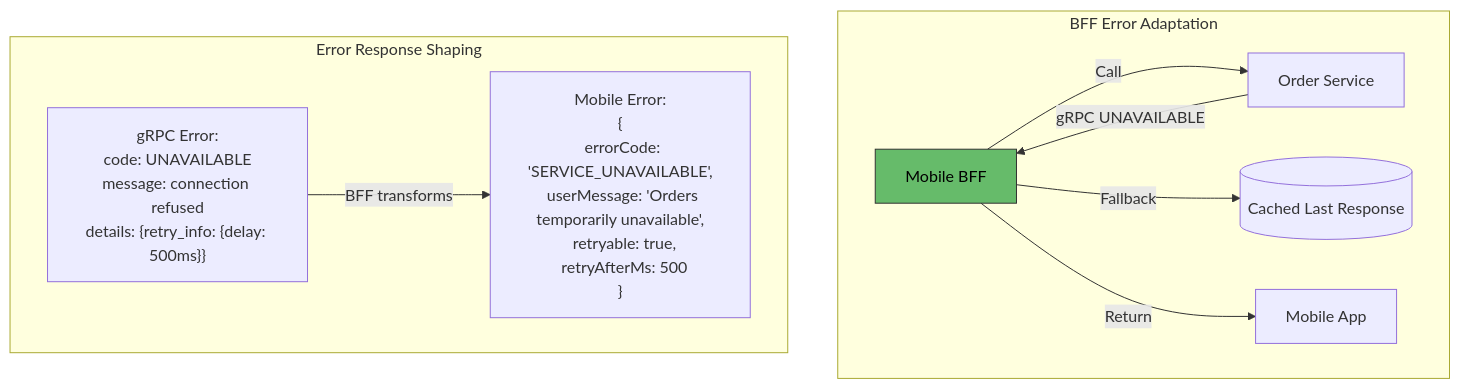
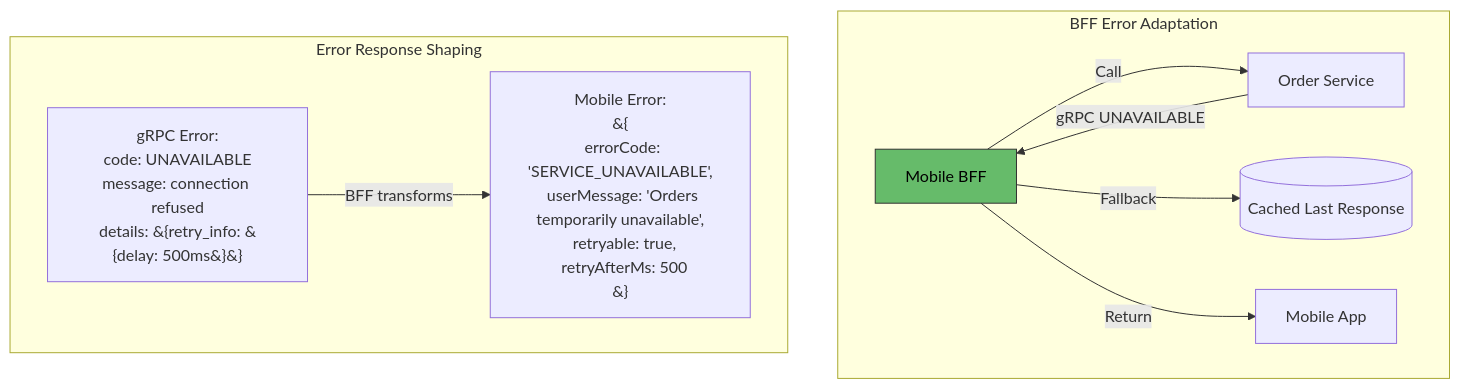
The eighth of 9 diagrams in software_architecture/24_backend_for_frontend_pattern.md (vladiant/vladiant), drawn with Mermaid before and after one commit. The commit also changed 4 other files, not shown here.

Commit message:
Fix mermaid diagram rendering

````diff
--- a/software_architecture/24_backend_for_frontend_pattern.md
+++ b/software_architecture/24_backend_for_frontend_pattern.md
@@ -305,20 +305,20 @@
 ```mermaid
 graph TD
     subgraph "BFF Error Adaptation"
         BFF[Mobile BFF] -->|Call| S1[Order Service]
         S1 -->|gRPC UNAVAILABLE| BFF
 
         BFF -->|Fallback| CACHE[(Cached Last Response)]
         BFF -->|Return| MOB[Mobile App]
     end
 
     subgraph "Error Response Shaping"
-        RAW["gRPC Error:<br/>code: UNAVAILABLE<br/>message: connection refused<br/>details: {retry_info: {delay: 500ms}}"]
+        RAW["gRPC Error:<br/>code: UNAVAILABLE<br/>message: connection refused<br/>details: &#123;retry_info: &#123;delay: 500ms&#125;&#125;"]
         
-        SHAPED["Mobile Error:<br/>{<br/>  errorCode: 'SERVICE_UNAVAILABLE',<br/>  userMessage: 'Orders temporarily unavailable',<br/>  retryable: true,<br/>  retryAfterMs: 500<br/>}"]
+        SHAPED["Mobile Error:<br/>&#123;<br/>  errorCode: 'SERVICE_UNAVAILABLE',<br/>  userMessage: 'Orders temporarily unavailable',<br/>  retryable: true,<br/>  retryAfterMs: 500<br/>&#125;"]
         
         RAW -->|BFF transforms| SHAPED
     end
 
     style BFF fill:#66bb6a,stroke:#333,color:#000
 ```
````
